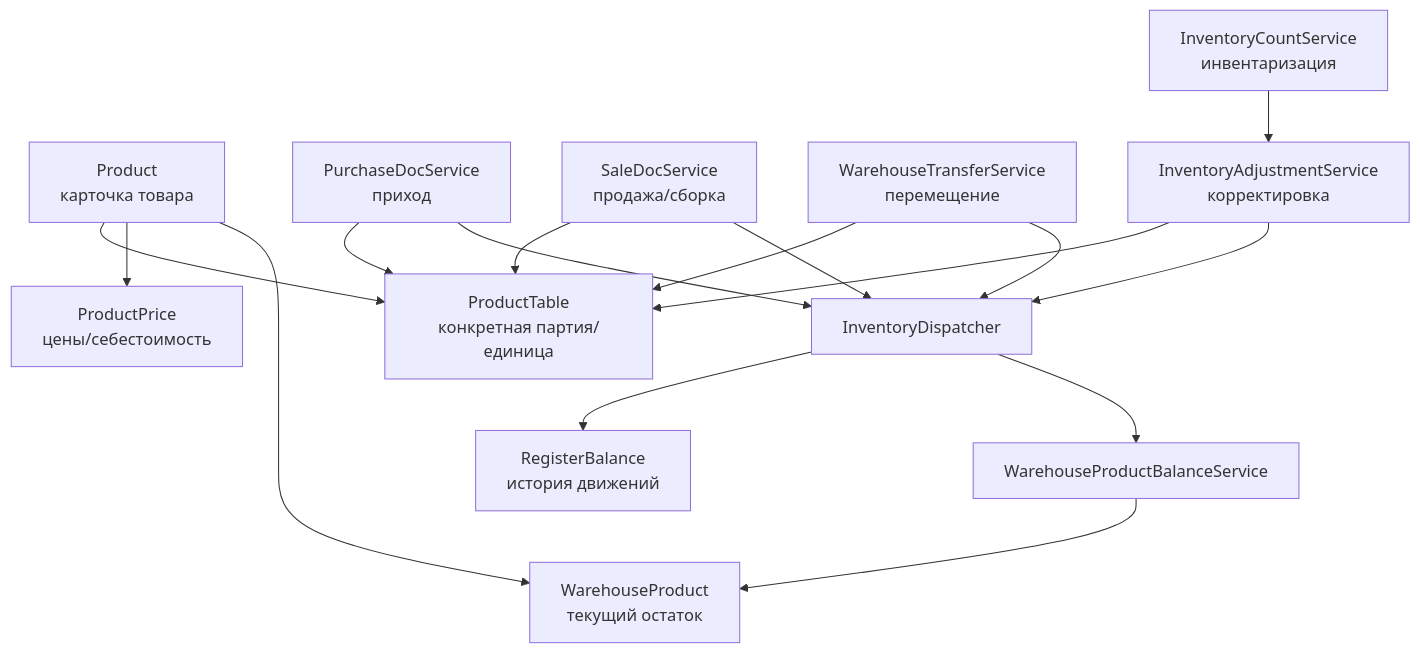
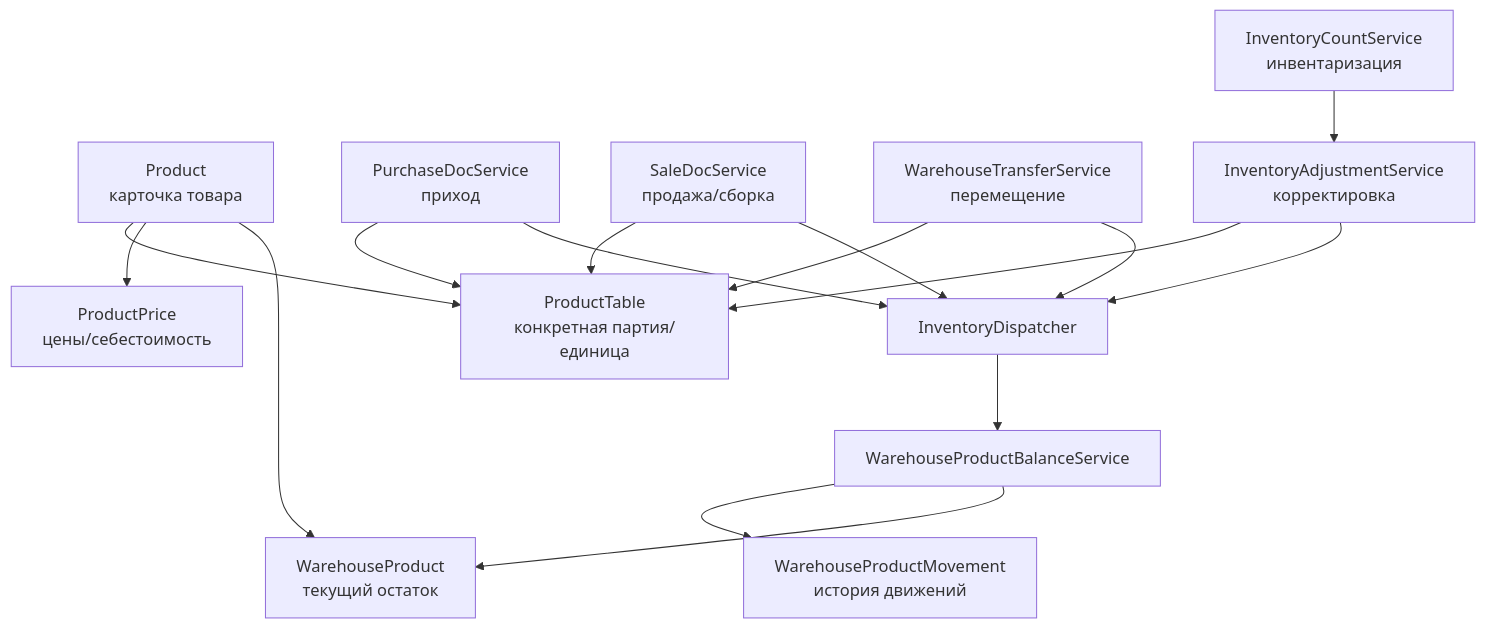
Before and after one commit to dasturchione/AccountingBack: the first of 11 diagrams in docs/product-services-documentation.md, drawn with Mermaid. The commit also changed other lines of this file and 65 other files, not shown here.

````diff
--- a/docs/product-services-documentation.md
+++ b/docs/product-services-documentation.md
@@ -18,21 +18,21 @@
 ```mermaid
 flowchart TD
     Product["Product\nкарточка товара"] --> ProductTable["ProductTable\nконкретная партия/единица"]
     Product --> ProductPrice["ProductPrice\nцены/себестоимость"]
     Product --> WarehouseProduct["WarehouseProduct\nтекущий остаток"]
 
     Purchase["PurchaseDocService\nприход"] --> ProductTable
     Sale["SaleDocService\nпродажа/сборка"] --> ProductTable
     Transfer["WarehouseTransferService\nперемещение"] --> ProductTable
     Adjustment["InventoryAdjustmentService\nкорректировка"] --> ProductTable
     Count["InventoryCountService\nинвентаризация"] --> Adjustment
 
     Purchase --> InventoryDispatcher["InventoryDispatcher"]
     Sale --> InventoryDispatcher
     Transfer --> InventoryDispatcher
     Adjustment --> InventoryDispatcher
 
-    InventoryDispatcher --> RegisterBalance["RegisterBalance\nистория движений"]
     InventoryDispatcher --> WarehouseProductBalanceService["WarehouseProductBalanceService"]
+    WarehouseProductBalanceService --> WarehouseProductMovement["WarehouseProductMovement\nистория движений"]
     WarehouseProductBalanceService --> WarehouseProduct
 ```
````
